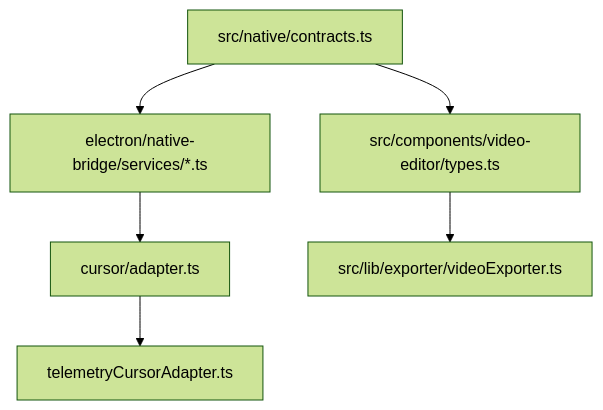
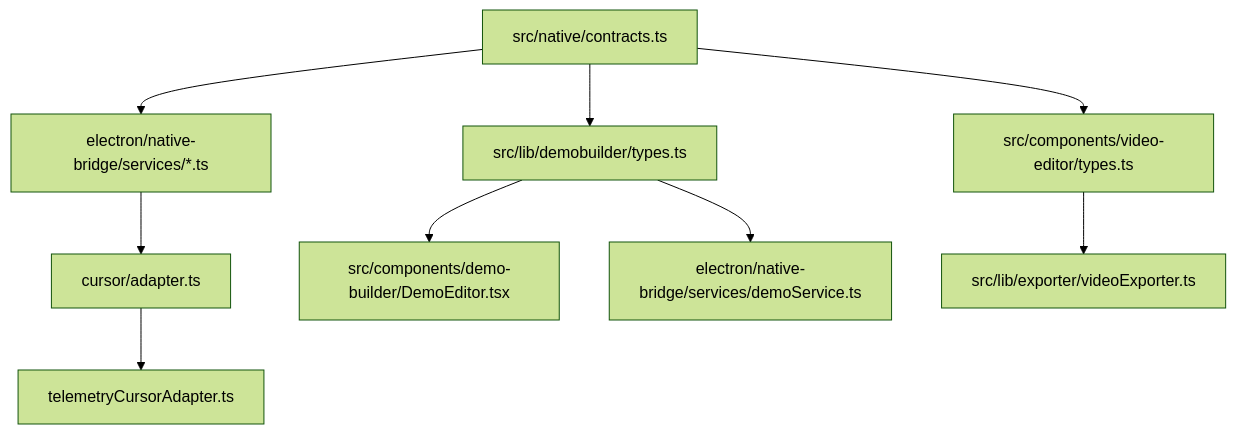
One commit to zhanggmin/openscreen changed the seventh of 7 diagrams in .qoder/repowiki/zh/content/API参考/数据类型与接口.md. Above: the diagram before and after it, drawn with Mermaid (forest theme). The commit also changed other lines of this file and 87 other files, not shown here.

````diff
--- a/.qoder/repowiki/zh/content/API参考/数据类型与接口.md
+++ b/.qoder/repowiki/zh/content/API参考/数据类型与接口.md
@@ -364,8 +574,11 @@
 ```mermaid
 graph TB
 Contracts["src/native/contracts.ts"] --> Services["electron/native-bridge/services/*.ts"]
 Services --> Adapter["cursor/adapter.ts"]
 Adapter --> Telemetry["telemetryCursorAdapter.ts"]
+Contracts --> DemoTypes["src/lib/demobuilder/types.ts"]
+DemoTypes --> DemoEditor["src/components/demo-builder/DemoEditor.tsx"]
+DemoTypes --> DemoService["electron/native-bridge/services/demoService.ts"]
 Contracts --> EditorTypes["src/components/video-editor/types.ts"]
 EditorTypes --> Exporter["src/lib/exporter/videoExporter.ts"]
 ```
````
